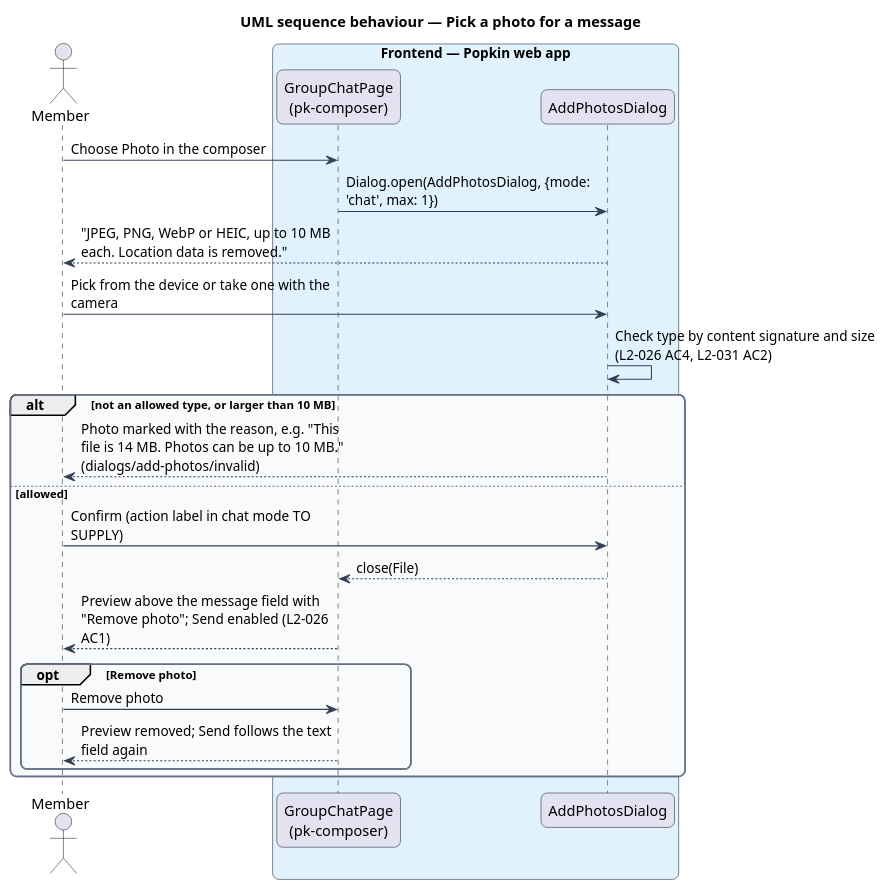
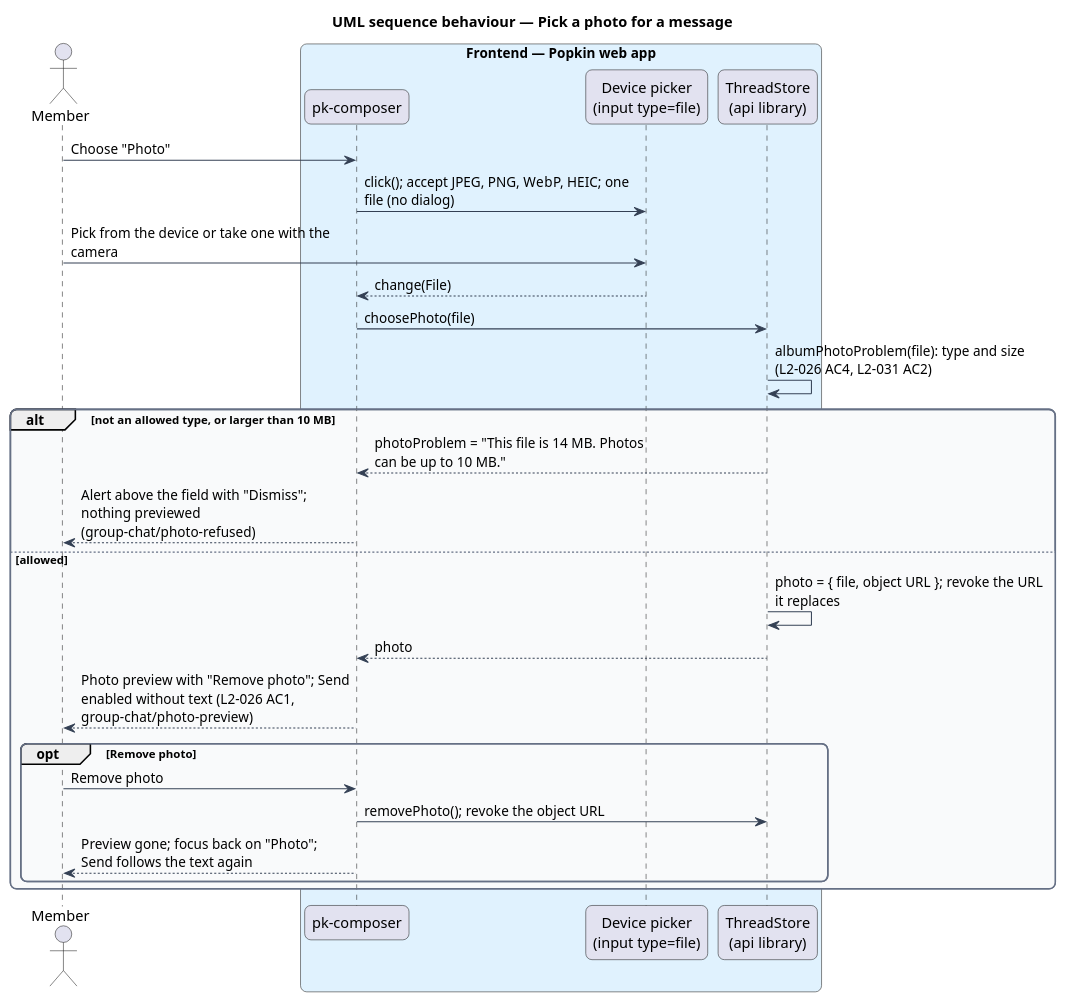
The diagram in docs/detailed-designs/chat/send-photos-in-chat/diagrams/sequence-pick-photo.puml (QuinntyneBrown/popkin), drawn with PlantUML before and after one commit. The commit also changed 10 other files, not shown here.

First line of the commit message:
Settle the design of sending photos in chat

```diff
--- a/docs/detailed-designs/chat/send-photos-in-chat/diagrams/sequence-pick-photo.puml
+++ b/docs/detailed-designs/chat/send-photos-in-chat/diagrams/sequence-pick-photo.puml
@@ -1,40 +1,44 @@
 @startuml
 title UML sequence behaviour — Pick a photo for a message
 skinparam backgroundColor #FFFFFF
 skinparam shadowing false
 skinparam roundcorner 12
 skinparam defaultFontName Arial
 skinparam ArrowColor #344054
 skinparam maxMessageSize 260
 skinparam rectangle {
   BorderColor #344054
   FontColor #101828
 }
 skinparam package {
   BorderColor #667085
   FontColor #101828
   BackgroundColor #F9FAFB
 }
 
 actor "Member" as actor
 box "Frontend — Popkin web app" #E0F2FE
-  participant "GroupChatPage\n(pk-composer)" as page
-  participant "AddPhotosDialog" as dialog
+  participant "pk-composer" as composer
+  participant "Device picker\n(input type=file)" as picker
+  participant "ThreadStore\n(api library)" as store
 end box
-actor -> page : Choose Photo in the composer
-page -> dialog : Dialog.open(AddPhotosDialog, {mode: 'chat', max: 1})
-dialog --> actor : "JPEG, PNG, WebP or HEIC, up to 10 MB each. Location data is removed."
-actor -> dialog : Pick from the device or take one with the camera
-dialog -> dialog : Check type by content signature and size (L2-026 AC4, L2-031 AC2)
+actor -> composer : Choose "Photo"
+composer -> picker : click(); accept JPEG, PNG, WebP, HEIC; one file (no dialog)
+actor -> picker : Pick from the device or take one with the camera
+picker --> composer : change(File)
+composer -> store : choosePhoto(file)
+store -> store : albumPhotoProblem(file): type and size (L2-026 AC4, L2-031 AC2)
 alt not an allowed type, or larger than 10 MB
-  dialog --> actor : Photo marked with the reason, e.g. "This file is 14 MB. Photos can be up to 10 MB." (dialogs/add-photos/invalid)
+  store --> composer : photoProblem = "This file is 14 MB. Photos can be up to 10 MB."
+  composer --> actor : Alert above the field with "Dismiss"; nothing previewed (group-chat/photo-refused)
 else allowed
-  actor -> dialog : Confirm (action label in chat mode TO SUPPLY)
-  dialog --> page : close(File)
-  page --> actor : Preview above the message field with "Remove photo"; Send enabled (L2-026 AC1)
+  store -> store : photo = { file, object URL }; revoke the URL it replaces
+  store --> composer : photo
+  composer --> actor : Photo preview with "Remove photo"; Send enabled without text (L2-026 AC1, group-chat/photo-preview)
   opt Remove photo
-    actor -> page : Remove photo
-    page --> actor : Preview removed; Send follows the text field again
+    actor -> composer : Remove photo
+    composer -> store : removePhoto(); revoke the object URL
+    composer --> actor : Preview gone; focus back on "Photo"; Send follows the text again
   end
 end
 @enduml
```
